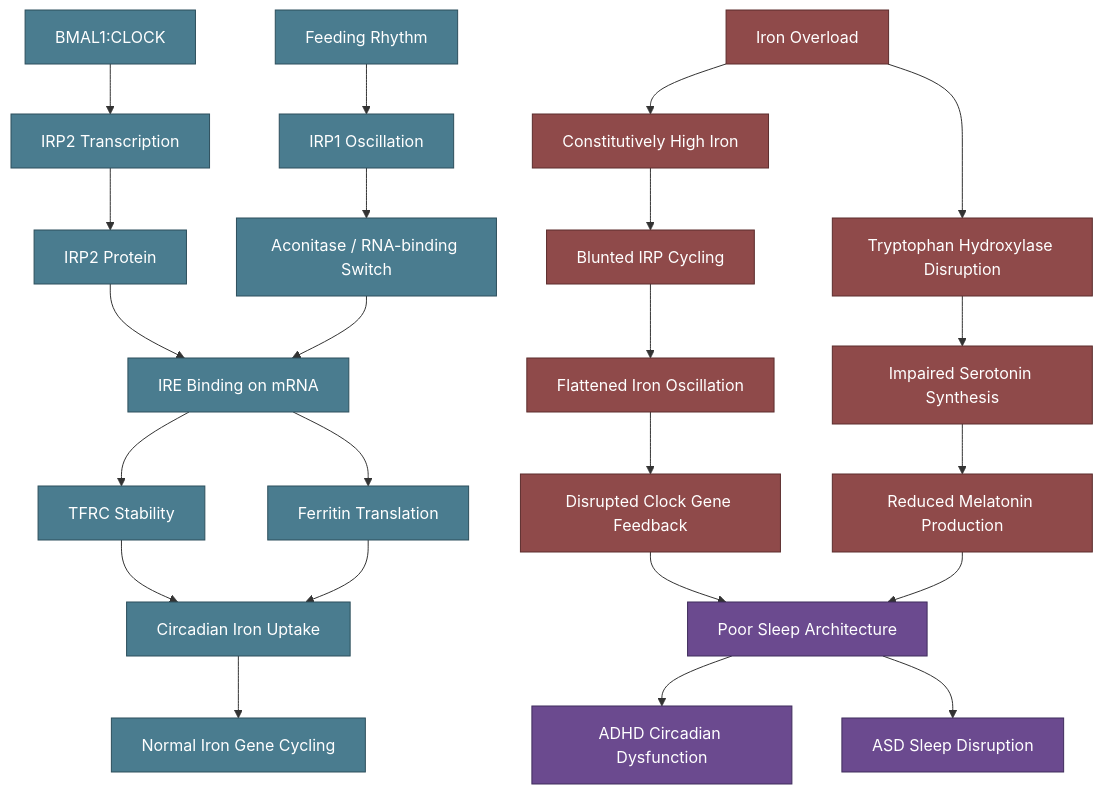
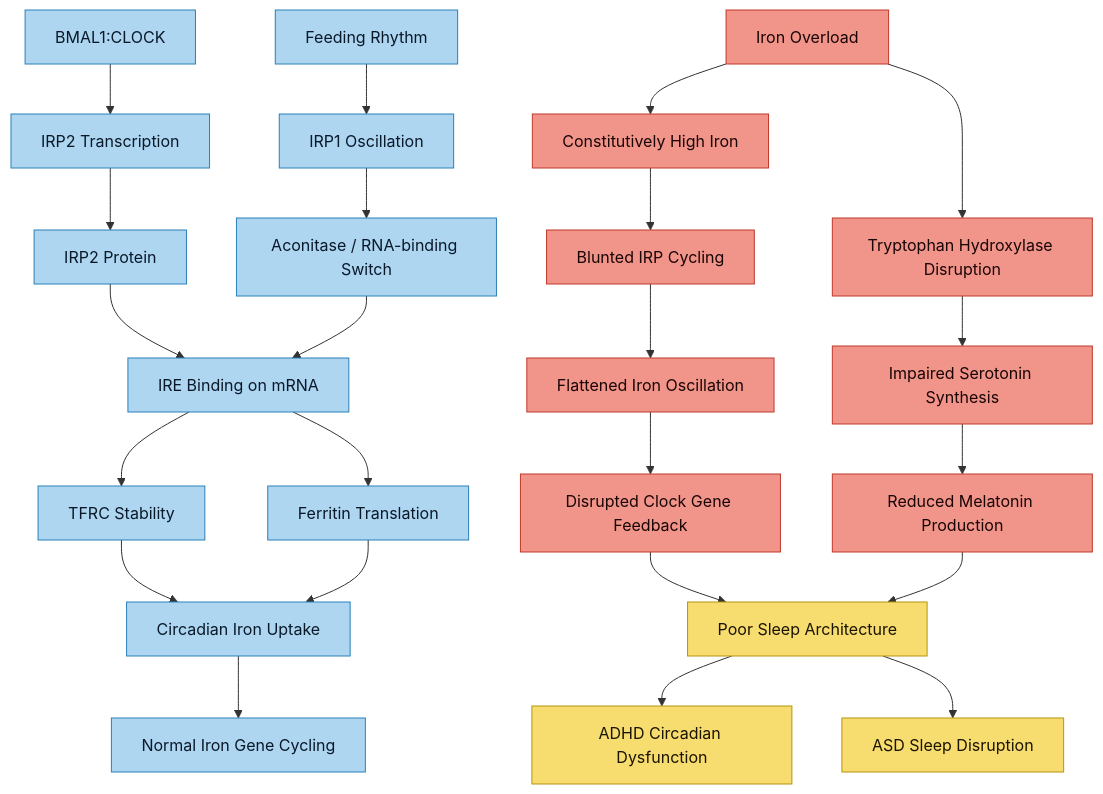
One commit to Aegis-commits/ag-hfe-adhd-asd-research changed the diagram in research/Iron and Circadian Rhythm.md. Above: the diagram before and after it, drawn with Mermaid. The commit also changed 39 other files, not shown here.

First line of the commit message:
docs(vault): standardise diagram colours for light-mode readability, add MOC quick nav

````diff
--- a/research/Iron and Circadian Rhythm.md
+++ b/research/Iron and Circadian Rhythm.md
@@ -52,38 +52,38 @@
 ```mermaid
 flowchart TD
     A[BMAL1:CLOCK] --> B[IRP2 Transcription]
     B --> C[IRP2 Protein]
     C --> D[IRE Binding on mRNA]
     D --> E[TFRC Stability]
     D --> F[Ferritin Translation]
 
     G[Feeding Rhythm] --> H[IRP1 Oscillation]
     H --> I[Aconitase / RNA-binding Switch]
     I --> D
 
     E --> J[Circadian Iron Uptake]
     F --> J
     J --> K[Normal Iron Gene Cycling]
 
     L[Iron Overload] --> M[Constitutively High Iron]
     M --> N[Blunted IRP Cycling]
     N --> O[Flattened Iron Oscillation]
     O --> P[Disrupted Clock Gene Feedback]
 
     L --> Q[Tryptophan Hydroxylase Disruption]
     Q --> R[Impaired Serotonin Synthesis]
     R --> S[Reduced Melatonin Production]
 
     P --> T[Poor Sleep Architecture]
     S --> T
     T --> U[ADHD Circadian Dysfunction]
     T --> V[ASD Sleep Disruption]
 
-    classDef clock fill:#4a7c8f,stroke:#2d4f5c,color:#fff
-    classDef damage fill:#8f4a4a,stroke:#5c2d2d,color:#fff
-    classDef outcome fill:#6b4a8f,stroke:#3f2d5c,color:#fff
+    classDef clock fill:#aed6f1,stroke:#2980b9,color:#0a1929
+    classDef damage fill:#f1948a,stroke:#c0392b,color:#1a0505
+    classDef outcome fill:#f7dc6f,stroke:#b7950b,color:#1a1400
 
     class A,B,C,D,E,F,G,H,I,J,K clock
     class L,M,N,O,P,Q,R,S damage
     class T,U,V outcome
 ```
````
